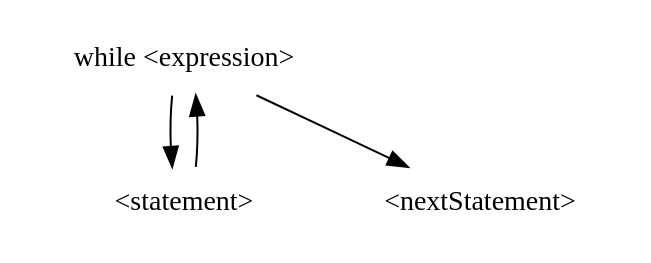
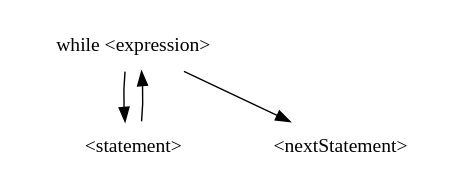
The diagram in img/04/while.dot (obcode/compiler), drawn with Graphviz before and after one commit. The commit also changed 33 other files, not shown here.

```diff
--- a/img/04/while.dot
+++ b/img/04/while.dot
@@ -1,7 +1,7 @@
 digraph while {
-    size="8,5"
+    size="3,3"
     node [shape = plaintext];
     "while <expression>" -> "<statement>"
     "<statement>" -> "while <expression>"
     "while <expression>" -> "<nextStatement>"
 }
```
